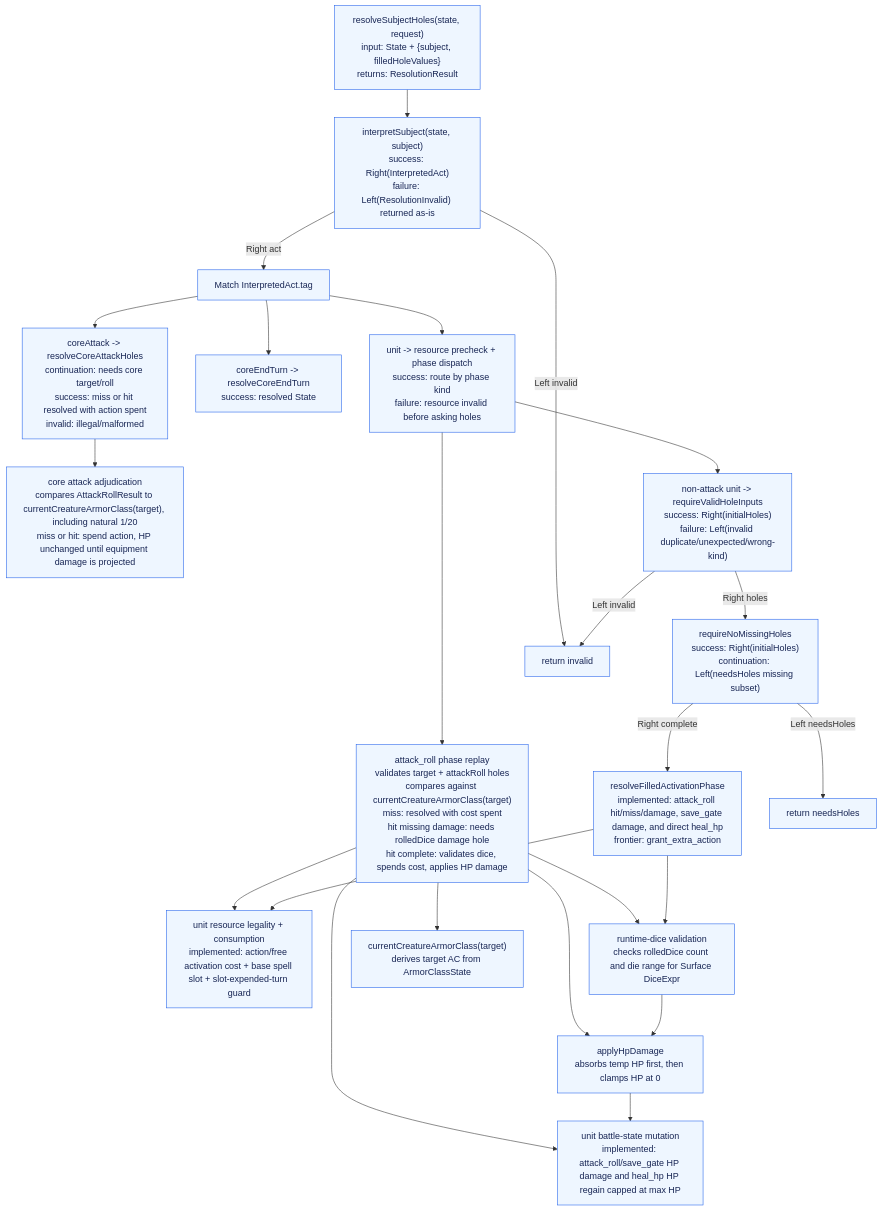
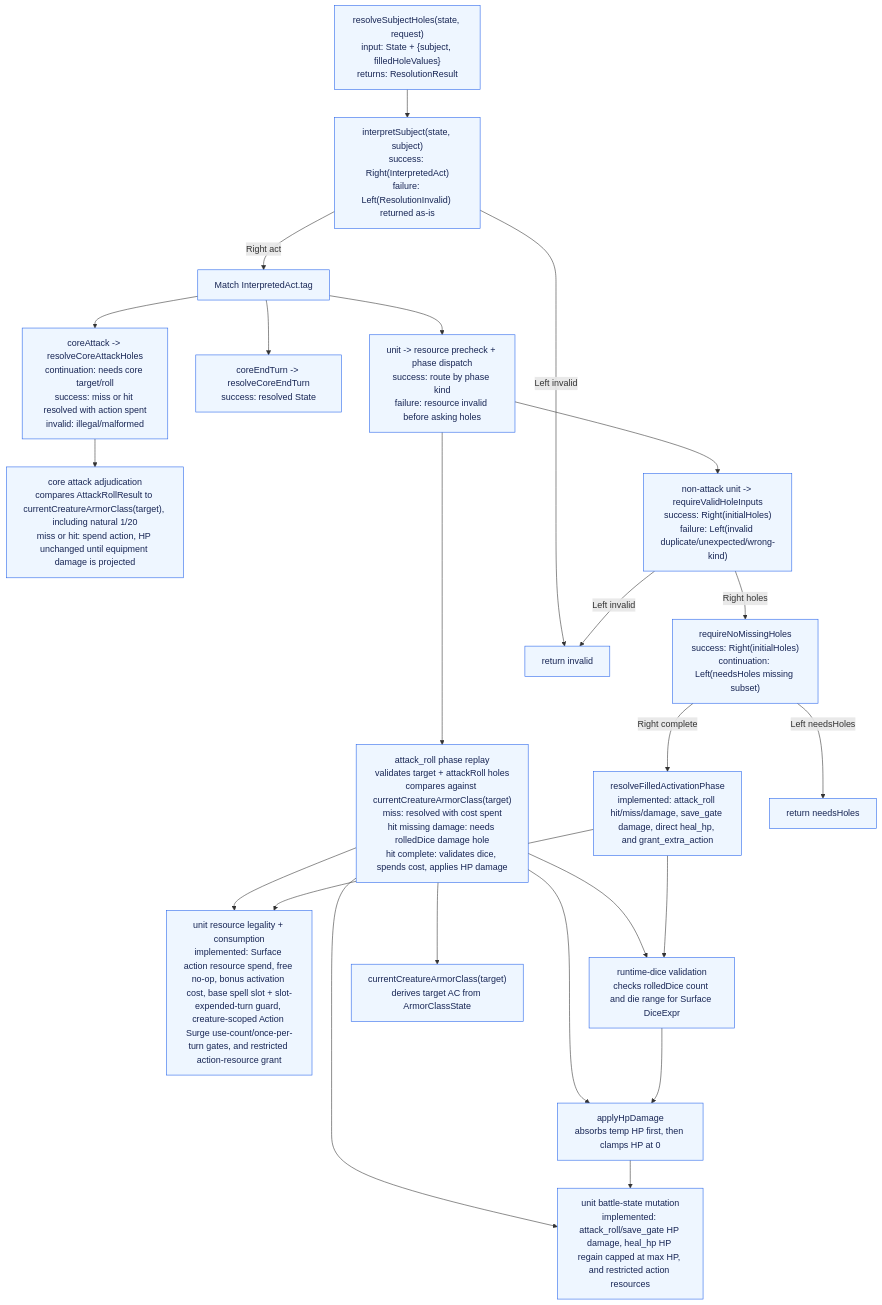
The fourth of 7 diagrams in packages/surface-runtime-correction/ARCHITECTURE_GRAPH.md (dearlordylord/5e-quint), drawn with Mermaid before and after one commit. The commit also changed other lines of this file and 64 other files, not shown here.

Commit message:
Implement Surface action resource sidecars

````diff
--- a/packages/surface-runtime-correction/ARCHITECTURE_GRAPH.md
+++ b/packages/surface-runtime-correction/ARCHITECTURE_GRAPH.md
@@ -165,44 +165,44 @@
 ```mermaid
 flowchart TD
   Resolve["resolveSubjectHoles(state, request)<br/>input: State + {subject, filledHoleValues}<br/>returns: ResolutionResult"]
   Interpret["interpretSubject(state, subject)<br/>success: Right(InterpretedAct)<br/>failure: Left(ResolutionInvalid) returned as-is"]
   Match["Match InterpretedAct.tag"]
 
   CoreAttackResolve["coreAttack -> resolveCoreAttackHoles<br/>continuation: needs core target/roll<br/>success: miss or hit resolved with action spent<br/>invalid: illegal/malformed"]
   CoreAttackAdjudication["core attack adjudication<br/>compares AttackRollResult to currentCreatureArmorClass(target), including natural 1/20<br/>miss or hit: spend action, HP unchanged until equipment damage is projected"]
   EndTurnResolve["coreEndTurn -> resolveCoreEndTurn<br/>success: resolved State"]
   UnitDispatch["unit -> resource precheck + phase dispatch<br/>success: route by phase kind<br/>failure: resource invalid before asking holes"]
   AttackRollPhase["attack_roll phase replay<br/>validates target + attackRoll holes<br/>compares against currentCreatureArmorClass(target)<br/>miss: resolved with cost spent<br/>hit missing damage: needs rolledDice damage hole<br/>hit complete: validates dice, spends cost, applies HP damage"]
   NonAttackValidInputs["non-attack unit -> requireValidHoleInputs<br/>success: Right(initialHoles)<br/>failure: Left(invalid duplicate/unexpected/wrong-kind)"]
   Missing["requireNoMissingHoles<br/>success: Right(initialHoles)<br/>continuation: Left(needsHoles missing subset)"]
-  PhaseExec["resolveFilledActivationPhase<br/>implemented: attack_roll hit/miss/damage, save_gate damage, and direct heal_hp<br/>frontier: grant_extra_action"]
-  UnitResource["unit resource legality + consumption<br/>implemented: action/free activation cost + base spell slot + slot-expended-turn guard"]
-  UnitMutation["unit battle-state mutation<br/>implemented: attack_roll/save_gate HP damage and heal_hp HP regain capped at max HP"]
+  PhaseExec["resolveFilledActivationPhase<br/>implemented: attack_roll hit/miss/damage, save_gate damage, direct heal_hp, and grant_extra_action"]
+  UnitResource["unit resource legality + consumption<br/>implemented: Surface action resource spend, free no-op, bonus activation cost, base spell slot + slot-expended-turn guard, creature-scoped Action Surge use-count/once-per-turn gates, and restricted action-resource grant"]
+  UnitMutation["unit battle-state mutation<br/>implemented: attack_roll/save_gate HP damage, heal_hp HP regain capped at max HP, and restricted action resources"]
   RuntimeDice["runtime-dice validation<br/>checks rolledDice count and die range for Surface DiceExpr"]
   ArmorClass["currentCreatureArmorClass(target)<br/>derives target AC from ArmorClassState"]
   Damage["applyHpDamage<br/>absorbs temp HP first, then clamps HP at 0"]
 
   Resolve --> Interpret
   Interpret -->|Left invalid| Invalid["return invalid"]
   Interpret -->|Right act| Match
   Match --> CoreAttackResolve --> CoreAttackAdjudication
   Match --> EndTurnResolve
   Match --> UnitDispatch
   UnitDispatch --> AttackRollPhase
   AttackRollPhase --> ArmorClass
   AttackRollPhase --> RuntimeDice
   AttackRollPhase --> Damage
   AttackRollPhase --> UnitResource
   AttackRollPhase --> UnitMutation
   UnitDispatch --> NonAttackValidInputs
   NonAttackValidInputs -->|Left invalid| Invalid
   NonAttackValidInputs -->|Right holes| Missing
   Missing -->|Left needsHoles| Needs["return needsHoles"]
   Missing -->|Right complete| PhaseExec
   PhaseExec --> RuntimeDice --> Damage --> UnitMutation
   PhaseExec --> UnitResource
 
   classDef missing fill:#fff1f0,stroke:#c2410c,stroke-width:2px,stroke-dasharray: 6 4,color:#7c2d12;
   classDef implemented fill:#eef6ff,stroke:#2563eb,color:#172554;
   class Resolve,Interpret,Match,CoreAttackResolve,CoreAttackAdjudication,EndTurnResolve,UnitDispatch,AttackRollPhase,NonAttackValidInputs,Missing,PhaseExec,RuntimeDice,ArmorClass,Damage,UnitResource,UnitMutation,Invalid,Needs implemented;
 ```
````
